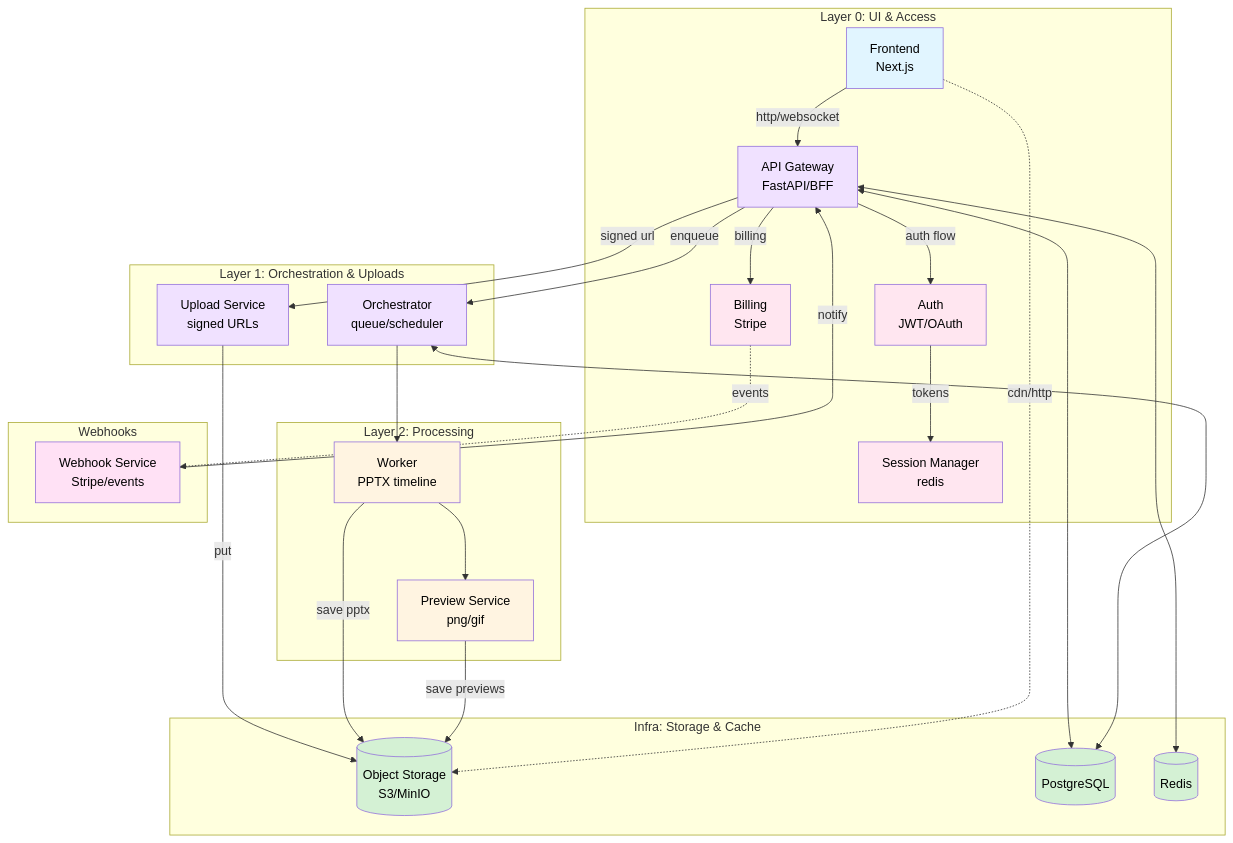
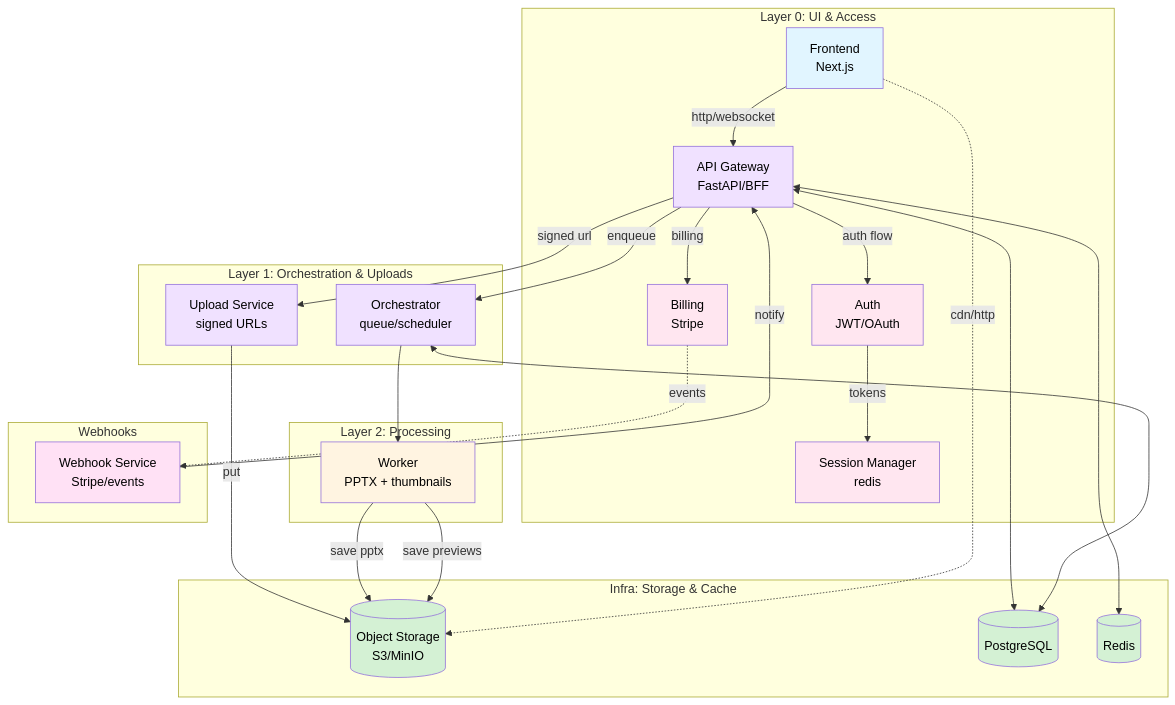
Before and after one commit to Don-Yin/timeline-craft: the diagram in README.MD, drawn with Mermaid. The commit also changed other lines of this file and 20 other files, not shown here.

````diff
--- a/README.MD
+++ b/README.MD
@@ -63,64 +82,61 @@
 ```mermaid
 graph TB
   subgraph "Layer 0: UI & Access"
     FE[Frontend<br/>Next.js]
     API[API Gateway<br/>FastAPI/BFF]
     AUTH[Auth<br/>JWT/OAuth]
     BILL[Billing<br/>Stripe]
     SESS[Session Manager<br/>redis]
     FE -->|http/websocket| API
     API -->|auth flow| AUTH
     AUTH -->|tokens| SESS
     API -->|billing| BILL
   end
 
   subgraph "Layer 1: Orchestration & Uploads"
     UP[Upload Service<br/>signed URLs]
     JOBS[Orchestrator<br/>queue/scheduler]
     API -->|signed url| UP
     API -->|enqueue| JOBS
   end
 
   subgraph "Infra: Storage & Cache"
     OBJ[(Object Storage<br/>S3/MinIO)]
     DB[(PostgreSQL)]
     CACHE[(Redis)]
     UP -->|put| OBJ
     API <--> DB
     API <--> CACHE
     JOBS <--> DB
   end
 
   subgraph "Layer 2: Processing"
-    WRK[Worker<br/>PPTX timeline]
-    PREV[Preview Service<br/>png/gif]
+    WRK[Worker<br/>PPTX + thumbnails]
     JOBS --> WRK
     WRK -->|save pptx| OBJ
-    WRK --> PREV
-    PREV -->|save previews| OBJ
+    WRK -->|save previews| OBJ
   end
 
   subgraph "Webhooks"
     WH[Webhook Service<br/>Stripe/events]
     BILL -.events.-> WH
     WH -->|notify| API
   end
 
   FE -.cdn/http.-> OBJ
 
   style FE fill:#e1f5ff,color:#000
   style AUTH fill:#ffe6f0,color:#000
   style BILL fill:#ffe6f0,color:#000
   style SESS fill:#ffe6f0,color:#000
   style API fill:#f0e1ff,color:#000
   style UP fill:#f0e1ff,color:#000
   style JOBS fill:#f0e1ff,color:#000
   style OBJ fill:#d4f1d4,color:#000
   style DB fill:#d4f1d4,color:#000
   style CACHE fill:#d4f1d4,color:#000
   style WRK fill:#fff4e1,color:#000
-  style PREV fill:#fff4e1,color:#000
   style WH fill:#ffe1f5,color:#000
 
   click FE "frontend/" "Open frontend app"
 ```
````
